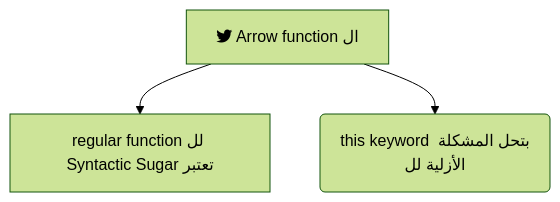
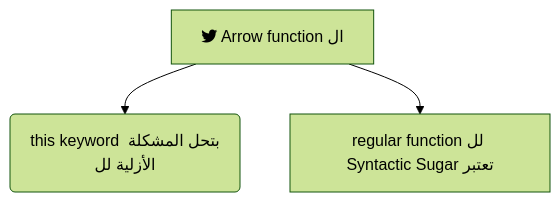
The diagram in javascript/syntactic sugar مجرد Arrow function هل ال.md (Ak-ram/Frontend-Interview-Questions), drawn with Mermaid (forest theme) before and after one commit.

Commit message:
Update syntactic sugar مجرد Arrow function هل ال.md

````diff
--- a/javascript/syntactic sugar مجرد Arrow function هل ال.md
+++ b/javascript/syntactic sugar مجرد Arrow function هل ال.md
@@ -13,6 +13,6 @@
  ```mermaid
   flowchart TD
     B["fab:fa-twitter Arrow function ال"]
-    B-->C[ regular function لل Syntactic Sugar تعتبر]
-    B-->E(this keyword بتحل المشكلة الأزلية لل )
+    B-->C(this keyword بتحل المشكلة الأزلية لل )
+    B-->E[ regular function لل Syntactic Sugar تعتبر]
 ```
````
